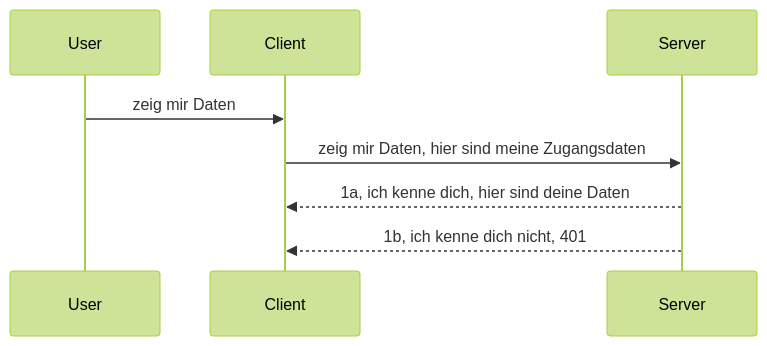
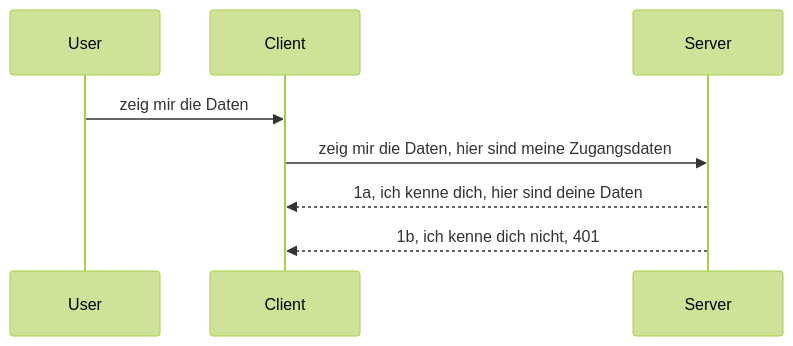
The diagram in mcp_ecosystem__model_context_protocol/mcp_learning_resources/mcp-for-beginners/translations/de/03-GettingStarted/11-simple-auth/README.md (HIDORAKAI002/ai-workspace-archive), drawn with Mermaid (forest theme) before and after one commit. The commit also changed other lines of this file and 1046 other files, not shown here.

````diff
--- a/mcp_ecosystem__model_context_protocol/mcp_learning_resources/mcp-for-beginners/translations/de/03-GettingStarted/11-simple-auth/README.md
+++ b/mcp_ecosystem__model_context_protocol/mcp_learning_resources/mcp-for-beginners/translations/de/03-GettingStarted/11-simple-auth/README.md
@@ -24,11 +24,11 @@
 ```mermaid
 sequenceDiagram
    participant User
    participant Client
    participant Server
 
-   User->>Client: zeig mir Daten
-   Client->>Server: zeig mir Daten, hier sind meine Zugangsdaten
+   User->>Client: zeig mir die Daten
+   Client->>Server: zeig mir die Daten, hier sind meine Zugangsdaten
    Server-->>Client: 1a, ich kenne dich, hier sind deine Daten
    Server-->>Client: 1b, ich kenne dich nicht, 401 
 ```
````
